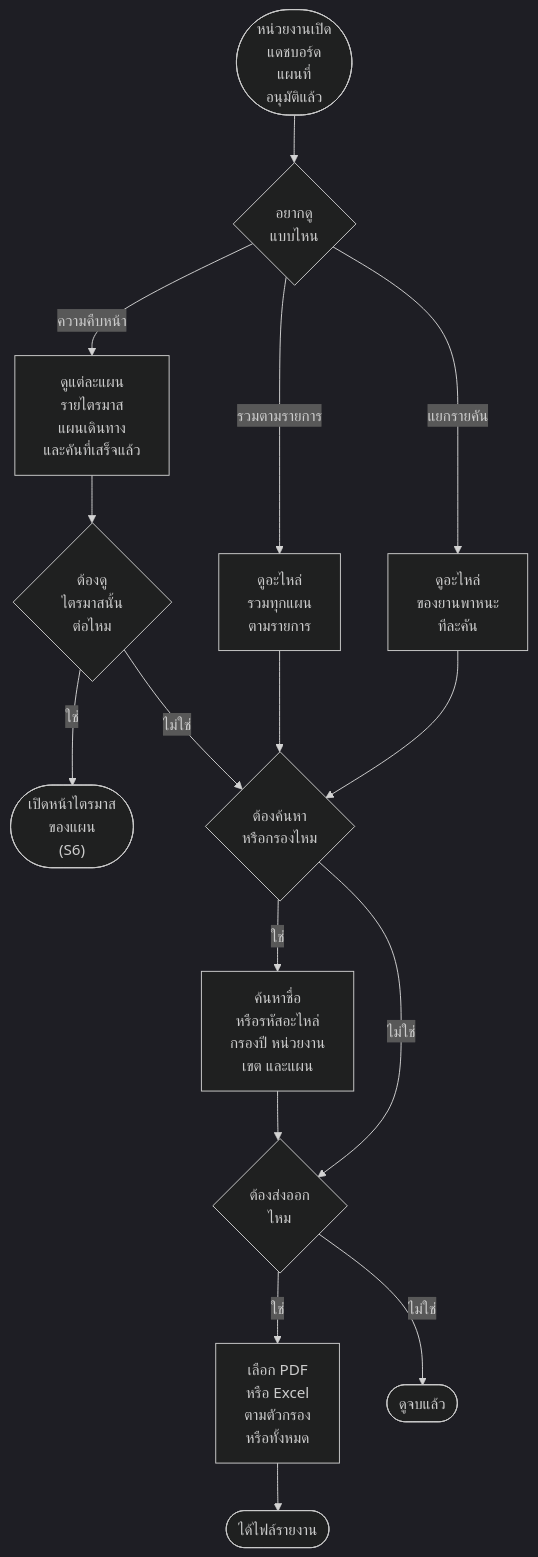
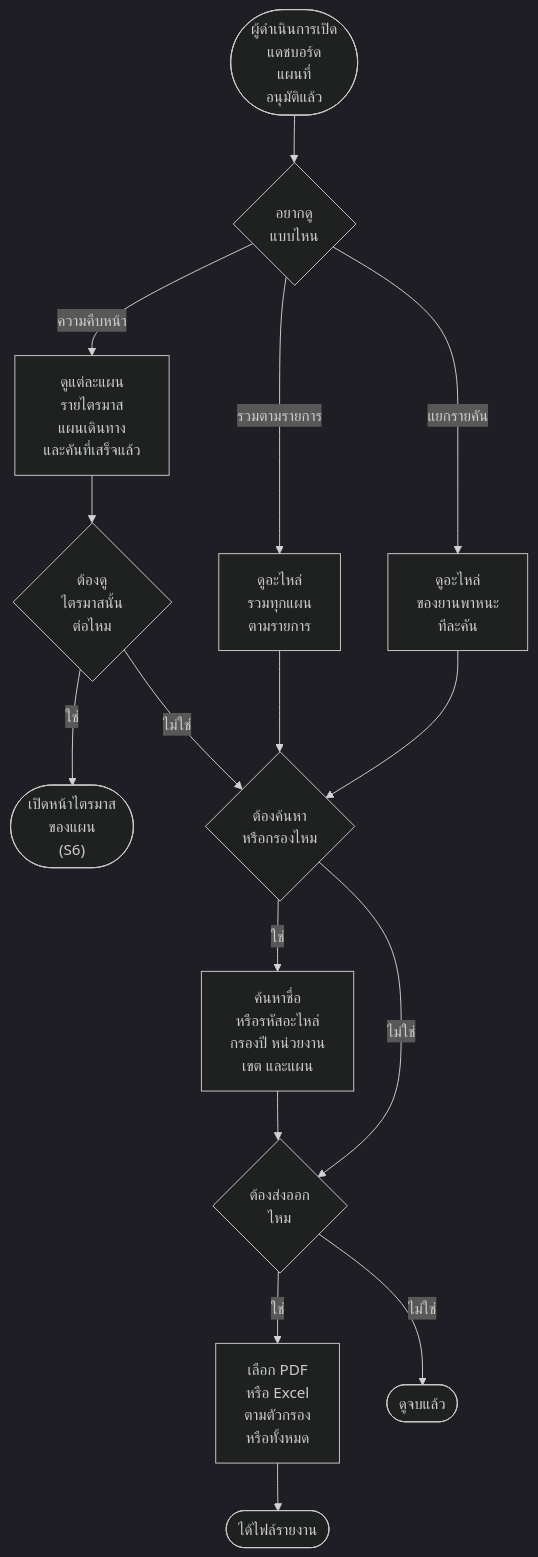
One commit to anugmail/Maintenance-Request-Form changed the sixth of 19 diagrams in Diagram/01-บำรุงรักษาตามวาระ/27-บำรุงรักษา-flowchart-กิจกรรม.md. Above: the diagram before and after it, drawn with Mermaid (dark theme). The commit also changed other lines of this file and 21 other files, not shown here.

````diff
--- a/Diagram/01-บำรุงรักษาตามวาระ/27-บำรุงรักษา-flowchart-กิจกรรม.md
+++ b/Diagram/01-บำรุงรักษาตามวาระ/27-บำรุงรักษา-flowchart-กิจกรรม.md
@@ -123,18 +125,18 @@
 ```mermaid
 flowchart TD
-    S(["หน่วยงานเปิด<br/>แดชบอร์ด<br/>แผนที่<br/>อนุมัติแล้ว"]) --> Q1{"อยากดู<br/>แบบไหน"}
+    S(["ผู้ดำเนินการเปิด<br/>แดชบอร์ด<br/>แผนที่<br/>อนุมัติแล้ว"]) --> Q1{"อยากดู<br/>แบบไหน"}
     Q1 -->|รวมตามรายการ| A1["ดูอะไหล่<br/>รวมทุกแผน<br/>ตามรายการ"]
     Q1 -->|แยกรายคัน| A2["ดูอะไหล่<br/>ของยานพาหนะ<br/>ทีละคัน"]
     Q1 -->|ความคืบหน้า| A3["ดูแต่ละแผน<br/>รายไตรมาส<br/>แผนเดินทาง<br/>และคันที่เสร็จแล้ว"]
     A3 --> Q4{"ต้องดู<br/>ไตรมาสนั้น<br/>ต่อไหม"}
     Q4 -->|ใช่| E1(["เปิดหน้าไตรมาส<br/>ของแผน<br/>(S6)"])
     Q4 -->|ไม่ใช่| Q2
     A1 --> Q2
     A2 --> Q2{"ต้องค้นหา<br/>หรือกรองไหม"}
     Q2 -->|ใช่| A4["ค้นหาชื่อ<br/>หรือรหัสอะไหล่<br/>กรองปี หน่วยงาน<br/>เขต และแผน"]
     A4 --> Q3
     Q2 -->|ไม่ใช่| Q3{"ต้องส่งออก<br/>ไหม"}
     Q3 -->|ใช่| A5["เลือก PDF<br/>หรือ Excel<br/>ตามตัวกรอง<br/>หรือทั้งหมด"]
     A5 --> E2(["ได้ไฟล์รายงาน"])
     Q3 -->|ไม่ใช่| E3(["ดูจบแล้ว"])
 ```
````
